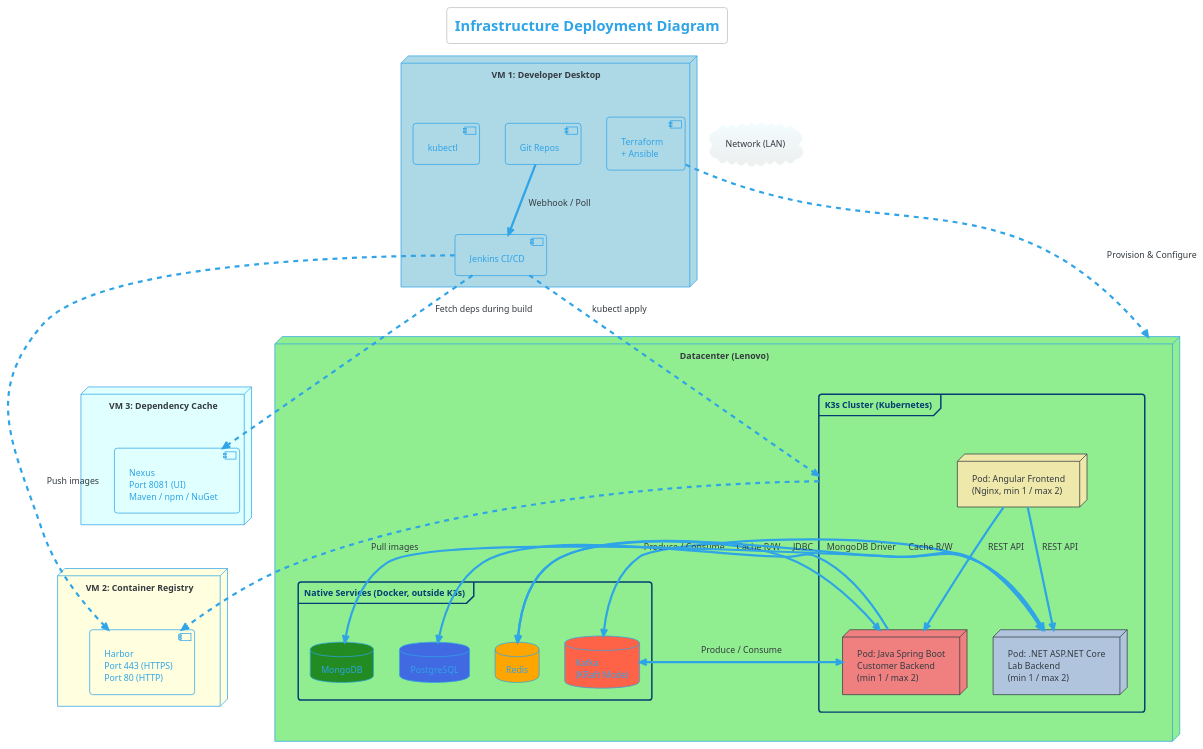
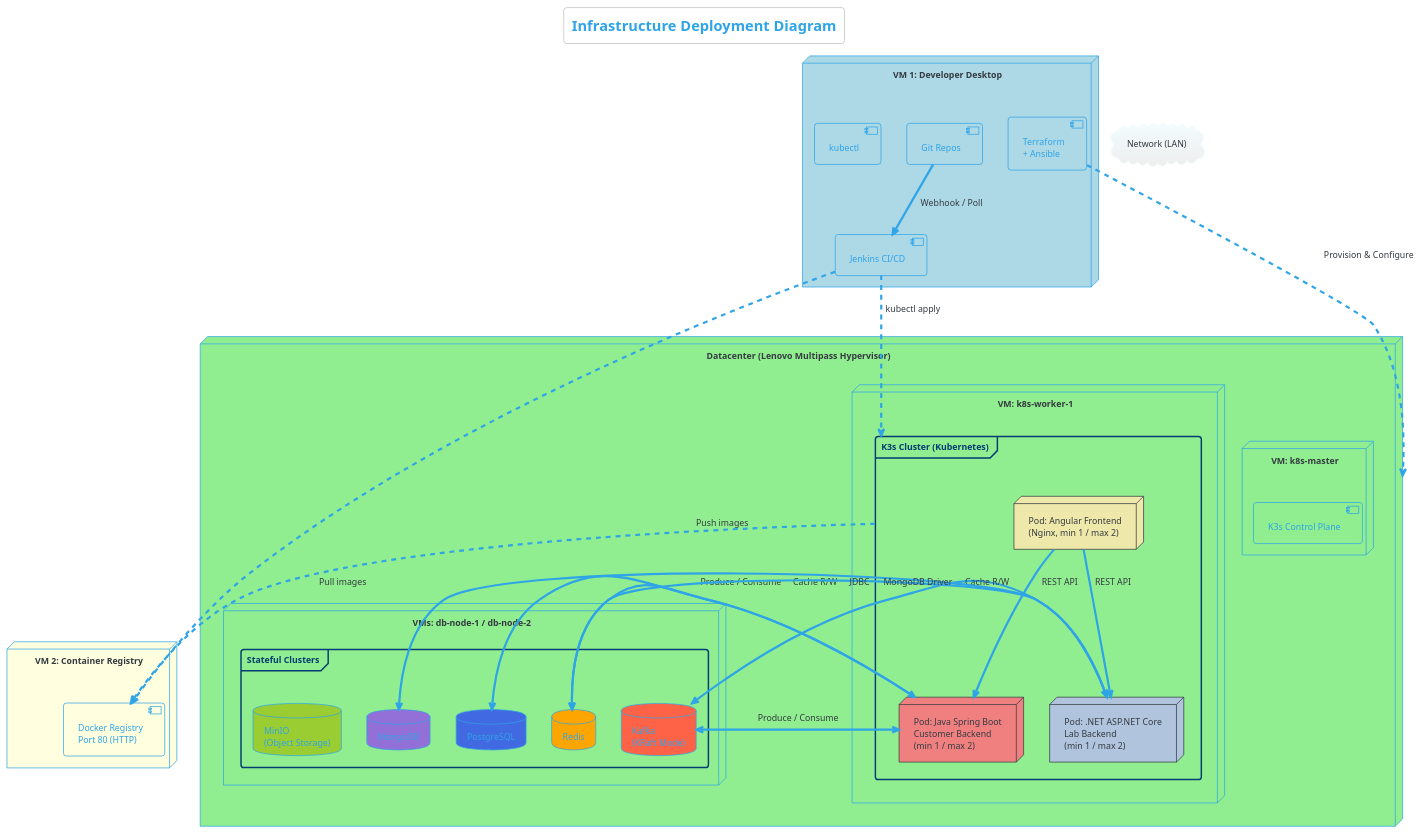
The second of 3 diagrams in docs/architecture-overview.md (OnesDevOps/devops-training-lab), drawn with PlantUML before and after one commit. The commit also changed other lines of this file and 26 other files, not shown here.

````diff
--- a/docs/architecture-overview.md
+++ b/docs/architecture-overview.md
@@ -114,61 +115,66 @@
 ```plantuml
 @startuml infrastructure_deployment
 !theme cerulean-outline
 
 title Infrastructure Deployment Diagram
 
 node "VM 1: Developer Desktop" as vm1 #LightBlue {
     component [Git Repos] as git
     component [Jenkins CI/CD] as jenkins
     component [Terraform\n+ Ansible] as iac
     component [kubectl] as kctl
 
     git -down-> jenkins : Webhook / Poll
 }
 
 node "VM 2: Container Registry" as vm2 #LightYellow {
-    component [Harbor\nPort 443 (HTTPS)\nPort 80 (HTTP)] as harbor
-}
-
-node "VM 3: Dependency Cache" as vm3 #LightCyan {
-    component [Nexus\nPort 8081 (UI)\nMaven / npm / NuGet] as nexus
+    component [Docker Registry\nPort 80 (HTTP)] as registry
 }
 
 cloud "Network (LAN)" as net
 
-node "Datacenter (Lenovo)" as dc #LightGreen {
+node "Datacenter (Lenovo Multipass Hypervisor)" as dc #LightGreen {
 
-    frame "K3s Cluster (Kubernetes)" as k3s {
-        node "Pod: Angular Frontend\n(Nginx, min 1 / max 2)" as fe #PaleGoldenRod
-        node "Pod: Java Spring Boot\nCustomer Backend\n(min 1 / max 2)" as java #LightCoral
-        node "Pod: .NET ASP.NET Core\nLab Backend\n(min 1 / max 2)" as dotnet #LightSteelBlue
+    node "VM: k8s-master" {
+        component [K3s Control Plane]
+    }
+    
+    node "VM: k8s-worker-1" {
+        frame "K3s Cluster (Kubernetes)" as k3s {
+            node "Pod: Angular Frontend\n(Nginx, min 1 / max 2)" as fe #PaleGoldenRod
+            node "Pod: Java Spring Boot\nCustomer Backend\n(min 1 / max 2)" as java #LightCoral
+            node "Pod: .NET ASP.NET Core\nLab Backend\n(min 1 / max 2)" as dotnet #LightSteelBlue
+        }
     }
 
-    frame "Native Services (Docker, outside K3s)" as native {
-        database "Kafka\n(KRaft Mode)" as kafka #Tomato
-        database "Redis" as redis #Orange
-        database "PostgreSQL" as pg #RoyalBlue
-        database "MongoDB" as mongo #ForestGreen
+    node "VMs: db-node-1 / db-node-2" {
+        frame "Stateful Clusters" as native {
+            database "Kafka\n(KRaft Mode)" as kafka #Tomato
+            database "Redis" as redis #Orange
+            database "PostgreSQL" as pg #RoyalBlue
+            database "MongoDB" as mongo #MediumPurple
+            database "MinIO\n(Object Storage)" as minio #YellowGreen
+        }
     }
+
 
     fe -down-> java : REST API
     fe -down-> dotnet : REST API
 
     java <-right-> kafka : Produce / Consume
     dotnet <-left-> kafka : Produce / Consume
 
     java <-right-> redis : Cache R/W
     dotnet <-left-> redis : Cache R/W
 
     java -down-> pg : JDBC
     dotnet -down-> mongo : MongoDB Driver
 }
 
-jenkins ..> harbor : Push images
-jenkins ..> nexus : Fetch deps during build
+jenkins ..> registry : Push images
 jenkins ..> k3s : kubectl apply
 iac ..> dc : Provision & Configure
-k3s ..> harbor : Pull images
+k3s ..> registry : Pull images
 
 @enduml
 ```
````
